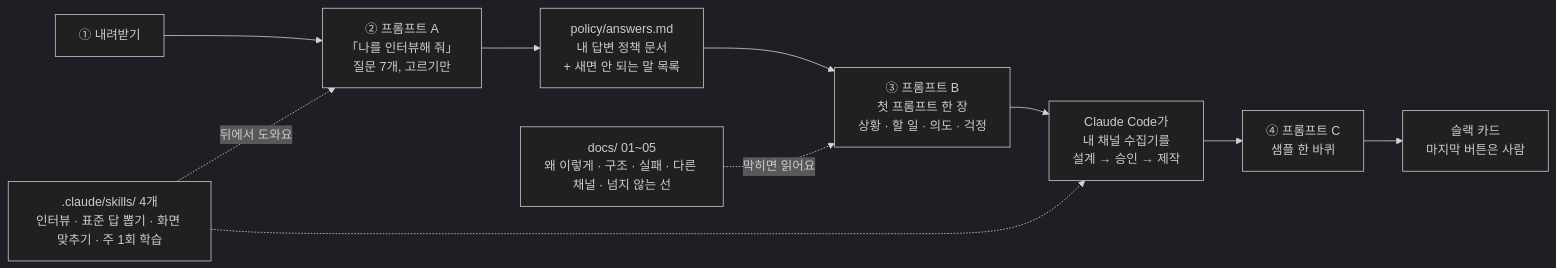
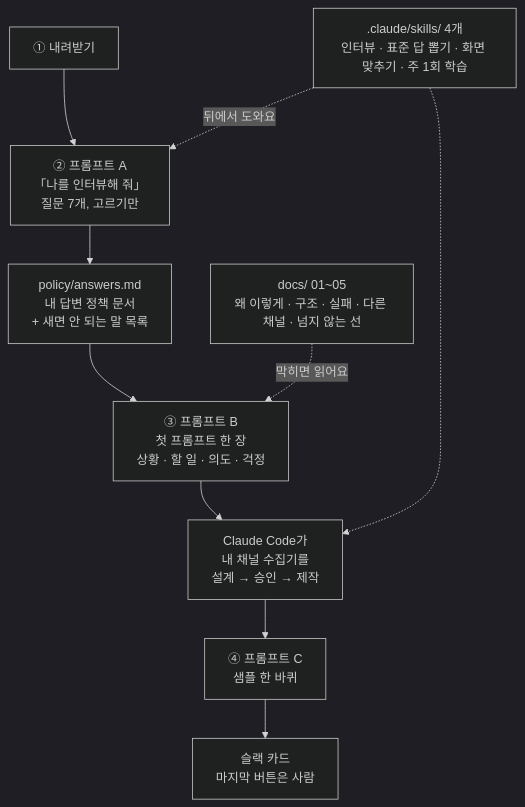
Before and after one commit to selfishclub/selfish-ax-cx-starter-kit: the diagram in README.md, drawn with Mermaid (dark theme).

Commit message:
구조도 세로 흐름으로 (깃허브에서 글자 크게 보이게)

````diff
--- a/README.md
+++ b/README.md
@@ -32,12 +32,12 @@
 ```mermaid
-flowchart LR
+flowchart TB
   A["① 내려받기"] --> B["② 프롬프트 A<br/>「나를 인터뷰해 줘」<br/>질문 7개, 고르기만"]
   B --> C["policy/answers.md<br/>내 답변 정책 문서<br/>+ 새면 안 되는 말 목록"]
   C --> D["③ 프롬프트 B<br/>첫 프롬프트 한 장<br/>상황 · 할 일 · 의도 · 걱정"]
   D --> E["Claude Code가<br/>내 채널 수집기를<br/>설계 → 승인 → 제작"]
   E --> F["④ 프롬프트 C<br/>샘플 한 바퀴"]
   F --> G["슬랙 카드<br/>마지막 버튼은 사람"]
   S[".claude/skills/ 4개<br/>인터뷰 · 표준 답 뽑기 · 화면 맞추기 · 주 1회 학습"] -.뒤에서 도와요.-> B
   S -.-> E
   X["docs/ 01~05<br/>왜 이렇게 · 구조 · 실패 · 다른 채널 · 넘지 않는 선"] -.막히면 읽어요.-> D
 ```
````
